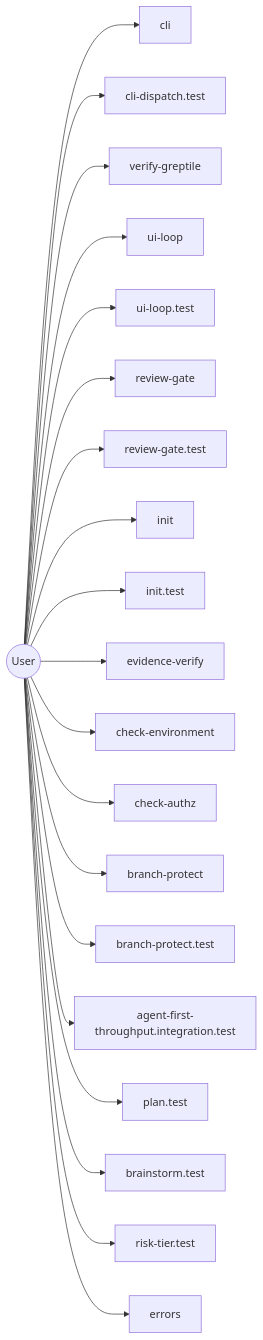
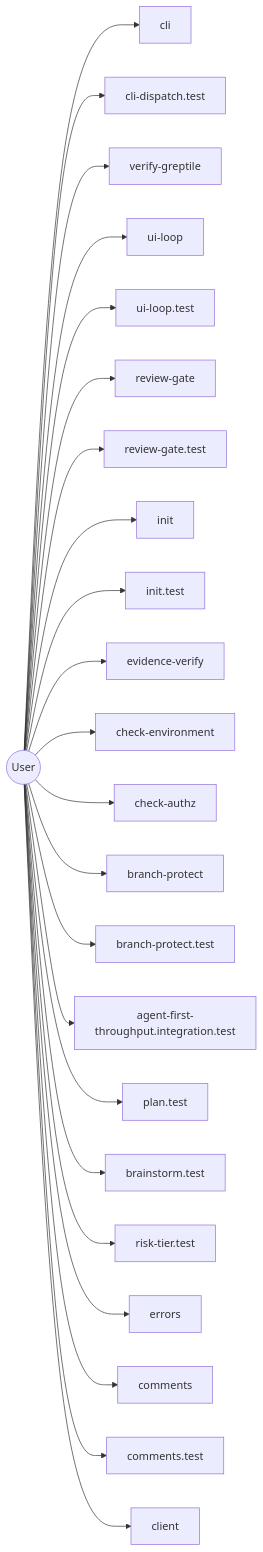
One commit to jscraik/coding-harness changed the diagram in AI/diagrams/user.mmd. Above: the diagram before and after it, drawn with Mermaid. The commit also changed 8 other files, not shown here.

Commit message:
chore(diagrams): auto-refresh architecture diagrams

```diff
--- a/AI/diagrams/user.mmd
+++ b/AI/diagrams/user.mmd
@@ -1,41 +1,47 @@
 flowchart LR
   User(("User"))
   cli_99bb8840["cli"]
   User --> cli_99bb8840
   cli_dispatch_test_54c9f17b["cli-dispatch.test"]
   User --> cli_dispatch_test_54c9f17b
   verify_greptile_227190f7["verify-greptile"]
   User --> verify_greptile_227190f7
   ui_loop_11660889["ui-loop"]
   User --> ui_loop_11660889
   ui_loop_test_f0eabc42["ui-loop.test"]
   User --> ui_loop_test_f0eabc42
   review_gate_09b579c4["review-gate"]
   User --> review_gate_09b579c4
   review_gate_test_000e2ed6["review-gate.test"]
   User --> review_gate_test_000e2ed6
   init_bb54068a["init"]
   User --> init_bb54068a
   init_test_cbba76a6["init.test"]
   User --> init_test_cbba76a6
   evidence_verify_3b73c290["evidence-verify"]
   User --> evidence_verify_3b73c290
   check_environment_fe68d4be["check-environment"]
   User --> check_environment_fe68d4be
   check_authz_fee242b1["check-authz"]
   User --> check_authz_fee242b1
   branch_protect_b9d345eb["branch-protect"]
   User --> branch_protect_b9d345eb
   branch_protect_test_c8d80aab["branch-protect.test"]
   User --> branch_protect_test_c8d80aab
   agent_first_throughput_integration_test_dc677cc4["agent-first-throughput.integration.test"]
   User --> agent_first_throughput_integration_test_dc677cc4
   plan_test_e7c3b920["plan.test"]
   User --> plan_test_e7c3b920
   brainstorm_test_78cf7a1e["brainstorm.test"]
   User --> brainstorm_test_78cf7a1e
   risk_tier_test_ae056367["risk-tier.test"]
   User --> risk_tier_test_ae056367
   errors_be4bd567["errors"]
   User --> errors_be4bd567
+  comments_2b4244fb["comments"]
+  User --> comments_2b4244fb
+  comments_test_f8c9ae41["comments.test"]
+  User --> comments_test_f8c9ae41
+  client_948fe603["client"]
+  User --> client_948fe603
   classDef userNode fill:#16a34a,color:#fff
```
